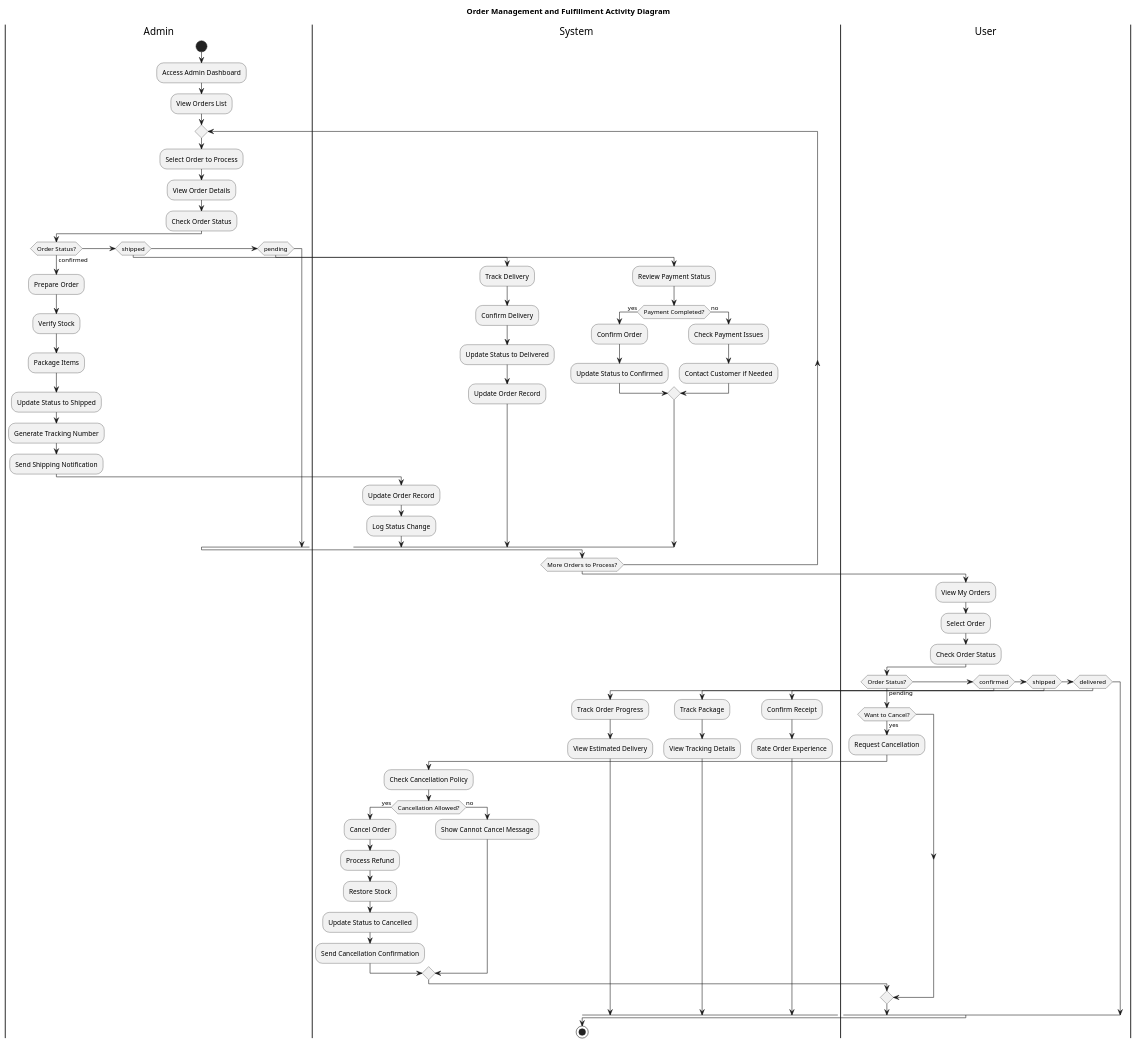
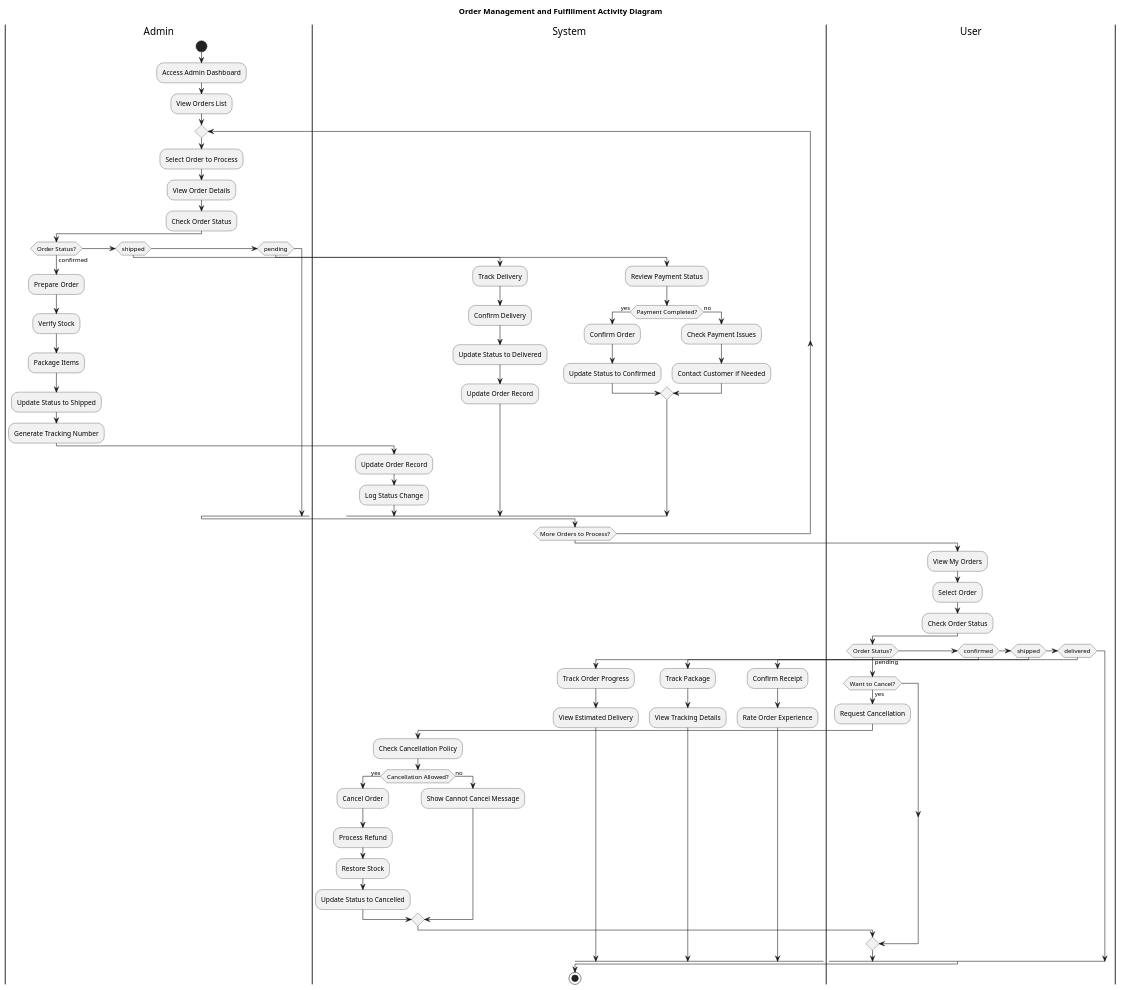
The diagram in Documents/Diagrams/Activity/order-management-activity.wsd (Aliefhasyani/Halobat), drawn with PlantUML before and after one commit. The commit also changed 5 other files, not shown here.

Commit message:
FEAT: Add comprehensive activity diagrams for user registration, order management, and checkout processes; remove obsolete diagrams

```diff
--- a/Documents/Diagrams/Activity/order-management-activity.wsd
+++ b/Documents/Diagrams/Activity/order-management-activity.wsd
@@ -1,84 +1,82 @@
 @startuml order-management-activity
 skinparam linetype spline
 title Order Management and Fulfillment Activity Diagram
 
 |Admin|
 start
 :Access Admin Dashboard;
 :View Orders List;
 
 repeat
   :Select Order to Process;
   :View Order Details;
   :Check Order Status;
   
   if (Order Status?) then (confirmed)
     :Prepare Order;
     :Verify Stock;
     :Package Items;
     :Update Status to Shipped;
     :Generate Tracking Number;
-    :Send Shipping Notification;
     
     |System|
     :Update Order Record;
     :Log Status Change;
     
   elseif (shipped) then
     :Track Delivery;
     :Confirm Delivery;
     :Update Status to Delivered;
     
     |System|
     :Update Order Record;
   elseif (pending) then
     :Review Payment Status;
     if (Payment Completed?) then (yes)
       :Confirm Order;
       :Update Status to Confirmed;
     else (no)
       :Check Payment Issues;
       :Contact Customer if Needed;
     endif
   endif
   
 repeat while (More Orders to Process?)
 
 |User|
 :View My Orders;
 :Select Order;
 :Check Order Status;
 
 if (Order Status?) then (pending)
   if (Want to Cancel?) then (yes)
     :Request Cancellation;
     
     |System|
     :Check Cancellation Policy;
     if (Cancellation Allowed?) then (yes)
       :Cancel Order;
       :Process Refund;
       :Restore Stock;
       :Update Status to Cancelled;
-      :Send Cancellation Confirmation;
     else (no)
       :Show Cannot Cancel Message;
     endif
   endif
   
 elseif (confirmed) then
   :Track Order Progress;
   :View Estimated Delivery;
   
 elseif (shipped) then
   :Track Package;
   :View Tracking Details;
   
 elseif (delivered) then
   :Confirm Receipt;
   :Rate Order Experience;
   
 endif
 
 stop
 @enduml
```
